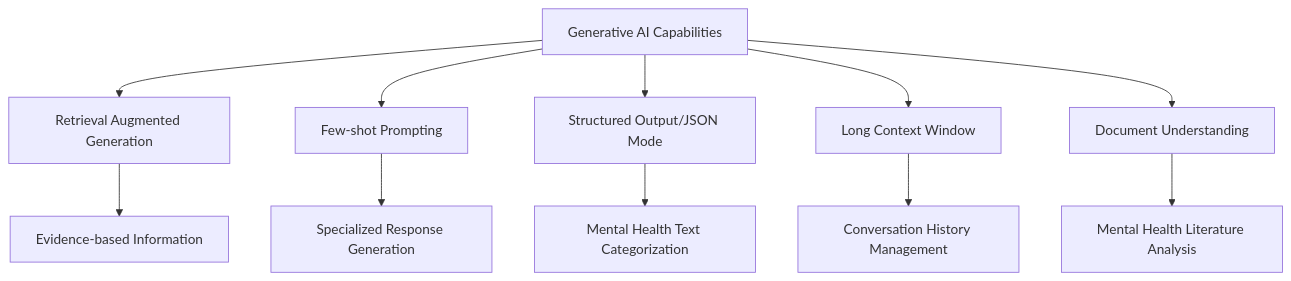
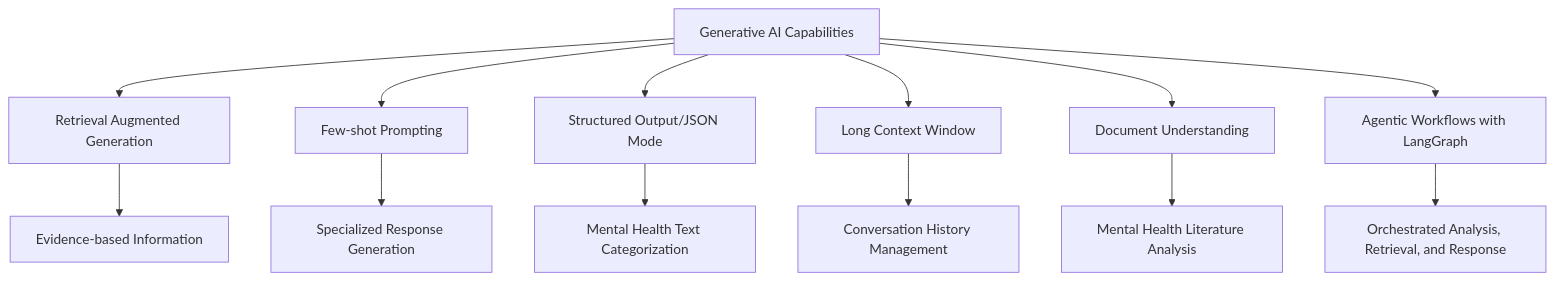
Before and after one commit to saptak/saptak.github.io: the first of 3 diagrams in _posts/2025-04-06-mental-health-analysis-and-support.md, drawn with Mermaid. The commit also changed other lines of this file, not shown here.

````diff
--- a/_posts/2025-04-06-mental-health-analysis-and-support.md
+++ b/_posts/2025-04-06-mental-health-analysis-and-support.md
@@ -41,14 +42,16 @@
 ```mermaid
 graph TD
     A[Generative AI Capabilities] --> B[Retrieval Augmented Generation]
     A --> C[Few-shot Prompting]
     A --> D[Structured Output/JSON Mode]
     A --> E[Long Context Window]
     A --> F[Document Understanding]
+    A --> G[Agentic Workflows with LangGraph]
     
     B --> B1[Evidence-based Information]
     C --> C1[Specialized Response Generation]
     D --> D1[Mental Health Text Categorization]
     E --> E1[Conversation History Management]
     F --> F1[Mental Health Literature Analysis]
+    G --> G1[Orchestrated Analysis, Retrieval, and Response]
 ```
````
